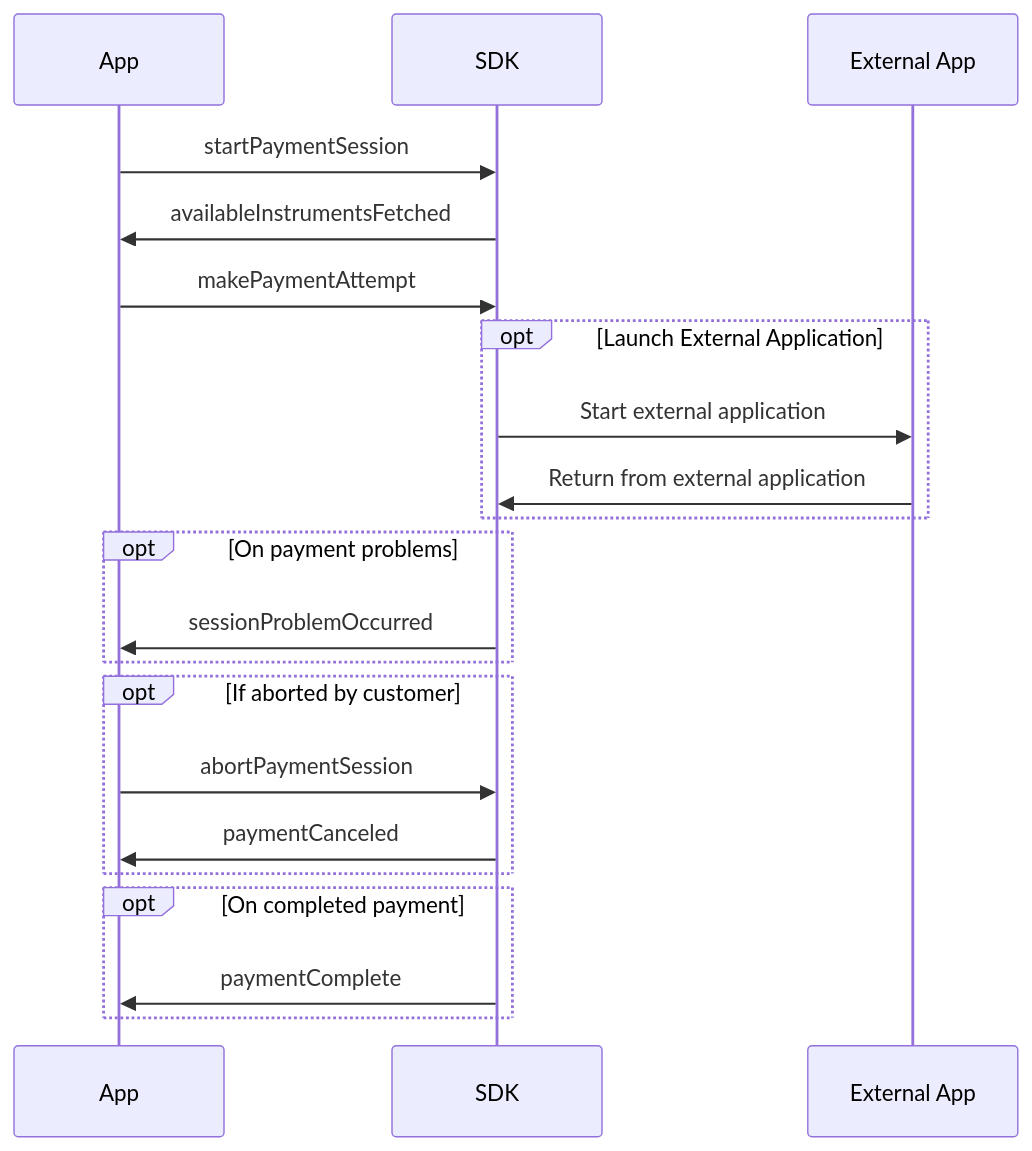
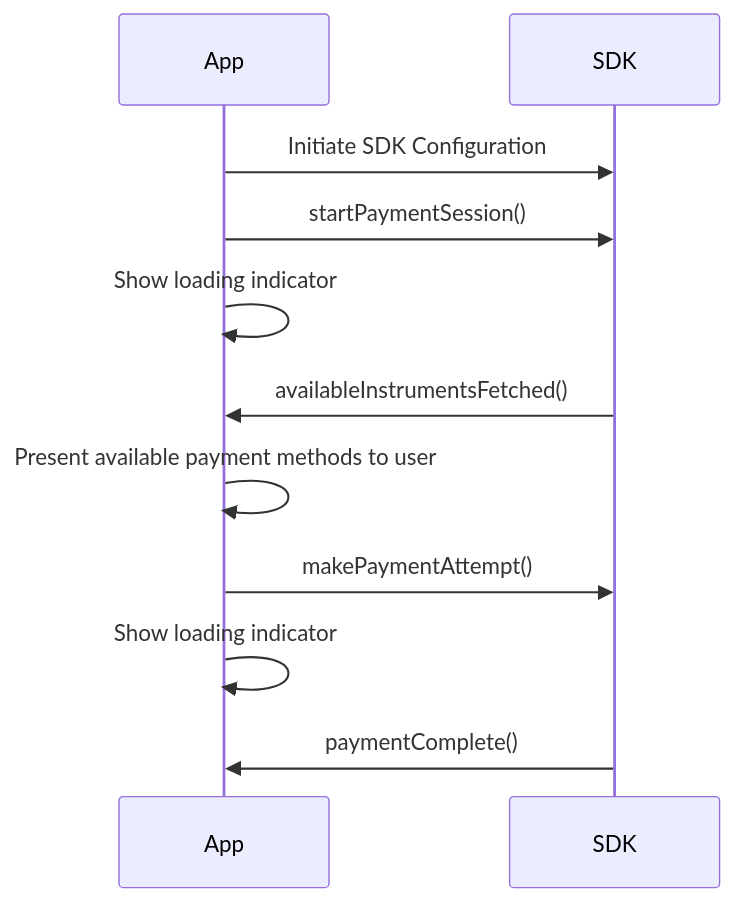
One commit to SwedbankPay/developer.swedbankpay.com changed the first of 4 diagrams in checkout-v3/modules-sdks/mobile-sdk/native-payments.md. Above: the diagram before and after it, drawn with Mermaid. The commit also changed other lines of this file, not shown here.

Commit message:
Adding more sequence diagrams and alternate usage flows for native payments

````diff
--- a/checkout-v3/modules-sdks/mobile-sdk/native-payments.md
+++ b/checkout-v3/modules-sdks/mobile-sdk/native-payments.md
@@ -45,24 +45,14 @@
 ```mermaid
 sequenceDiagram
     participant App
     participant SDK
-    participant Ext as External App
 
-    App ->> SDK: startPaymentSession
-    SDK ->> App: availableInstrumentsFetched
-    App ->> SDK: makePaymentAttempt
-    opt Launch External Application
-        SDK ->> Ext: Start external application
-        Ext ->> SDK: Return from external application
-    end
-    opt On payment problems
-        SDK ->> App: sessionProblemOccurred
-    end
-    opt If aborted by customer
-        App ->> SDK: abortPaymentSession
-        SDK ->> App: paymentCanceled
-    end
-    opt On completed payment
-        SDK ->> App: paymentComplete
-    end
+    App ->> SDK: Initiate SDK Configuration
+    App ->> SDK: startPaymentSession()
+    App ->> App: Show loading indicator
+    SDK ->> App: availableInstrumentsFetched()
+    App ->> App: Present available payment methods to user
+    App ->> SDK: makePaymentAttempt()
+    App ->> App: Show loading indicator
+    SDK ->> App: paymentComplete()
 ```
````
